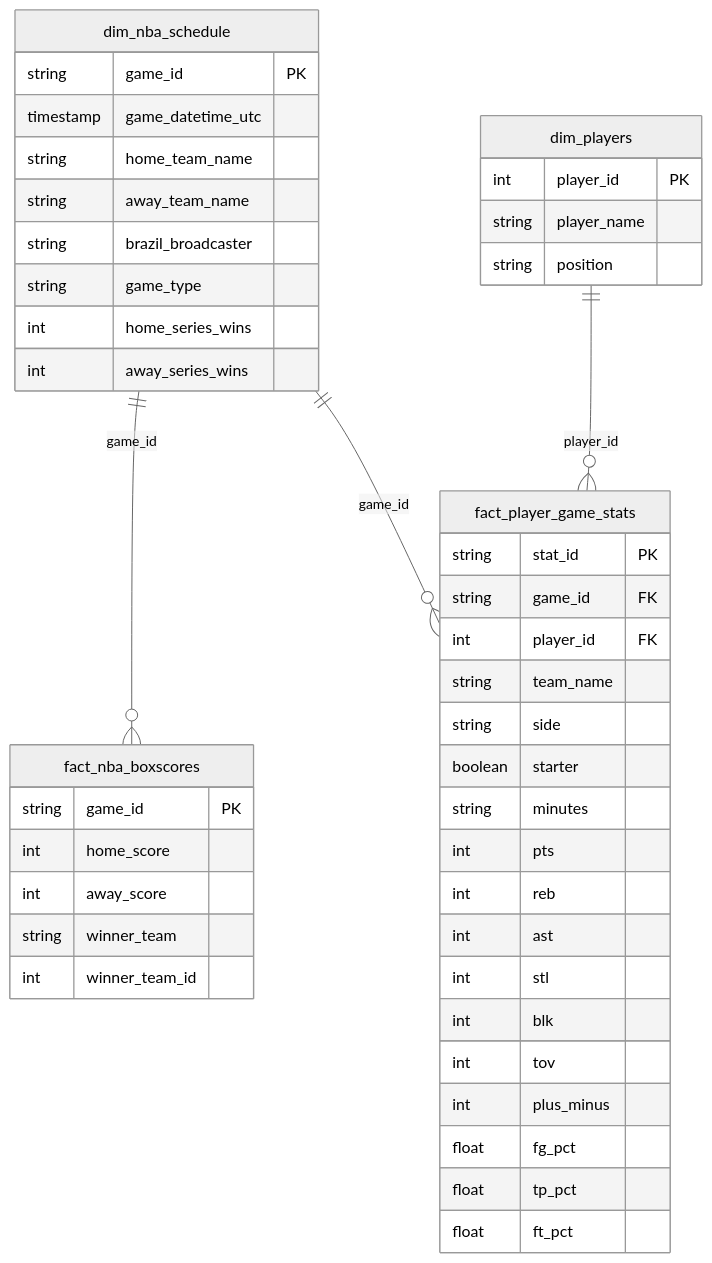
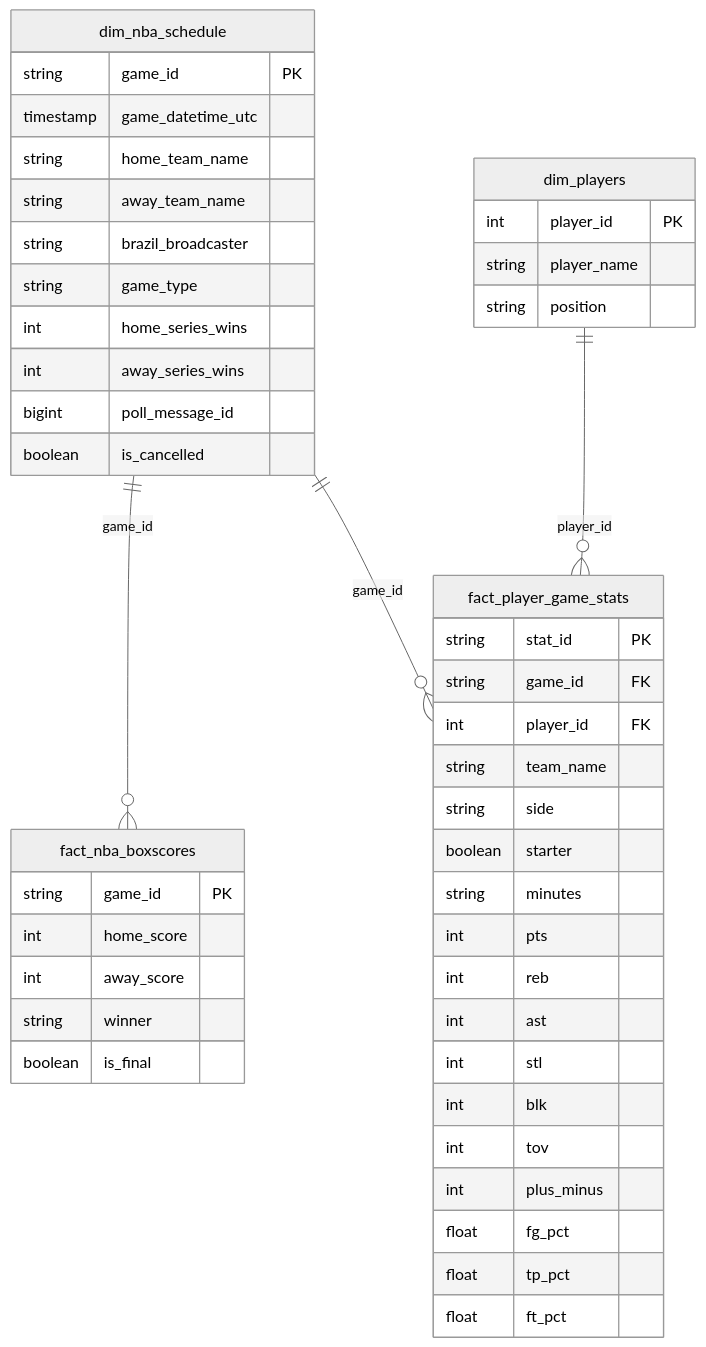
One commit to LucasEmanuell/nba_pipeline changed the second of 4 diagrams in README.md. Above: the diagram before and after it, drawn with Mermaid (neutral theme). The commit also changed other lines of this file and 2 other files, not shown here.

Commit message:
fix: cancela placeholders de playoff encerrado

````diff
--- a/README.md
+++ b/README.md
@@ -86,51 +86,53 @@
 ```mermaid
 erDiagram
     dim_nba_schedule {
         string game_id PK
         timestamp game_datetime_utc
         string home_team_name
         string away_team_name
         string brazil_broadcaster
         string game_type
         int home_series_wins
         int away_series_wins
+        bigint poll_message_id
+        boolean is_cancelled
     }
 
     fact_nba_boxscores {
         string game_id PK
         int home_score
         int away_score
-        string winner_team
-        int winner_team_id
+        string winner
+        boolean is_final
     }
 
     dim_players {
         int player_id PK
         string player_name
         string position
     }
 
     fact_player_game_stats {
         string stat_id PK
         string game_id FK
         int player_id FK
         string team_name
         string side
         boolean starter
         string minutes
         int pts
         int reb
         int ast
         int stl
         int blk
         int tov
         int plus_minus
         float fg_pct
         float tp_pct
         float ft_pct
     }
 
     dim_nba_schedule ||--o{ fact_nba_boxscores : "game_id"
     dim_nba_schedule ||--o{ fact_player_game_stats : "game_id"
     dim_players ||--o{ fact_player_game_stats : "player_id"
 ```
````
